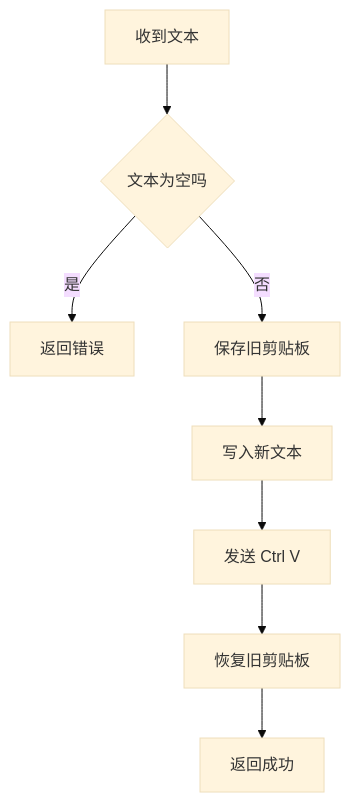
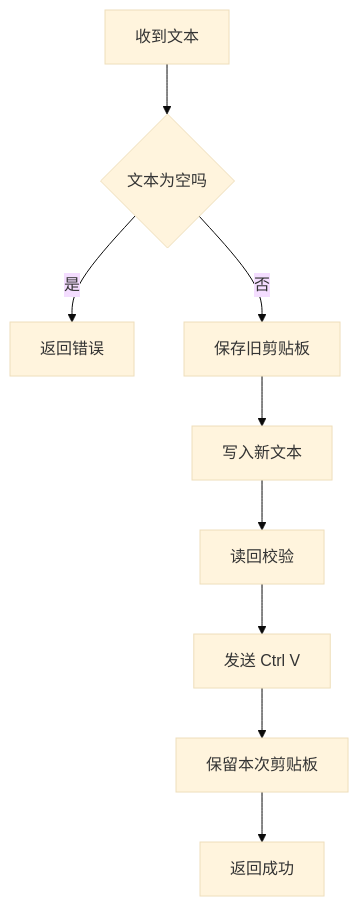
Before and after one commit to snowcraneww/vox-type: the third of 4 diagrams in docs/guide/code-walkthrough.md, drawn with Mermaid (base theme). The commit also changed other lines of this file and 17 other files, not shown here.

````diff
--- a/docs/guide/code-walkthrough.md
+++ b/docs/guide/code-walkthrough.md
@@ -299,10 +359,11 @@
 ```mermaid
 flowchart TD
   A[收到文本] --> B{文本为空吗}
   B -->|是| C[返回错误]
   B -->|否| D[保存旧剪贴板]
   D --> E[写入新文本]
-  E --> F[发送 Ctrl V]
-  F --> G[恢复旧剪贴板]
-  G --> H[返回成功]
+  E --> F[读回校验]
+  F --> G[发送 Ctrl V]
+  G --> H[保留本次剪贴板]
+  H --> I[返回成功]
 ```
````
